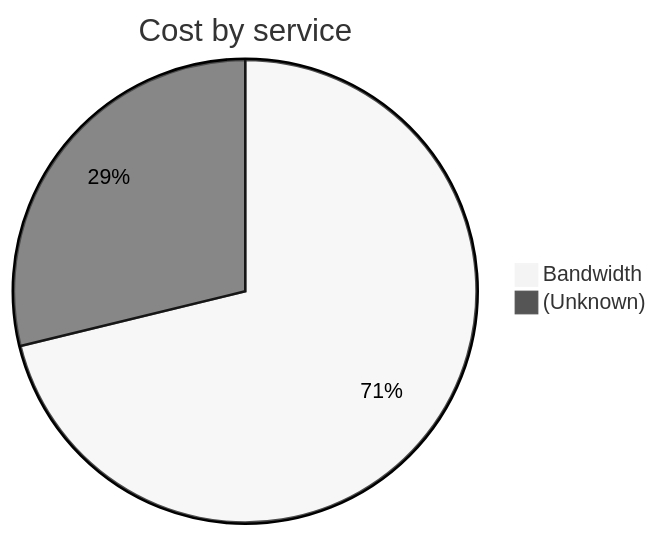
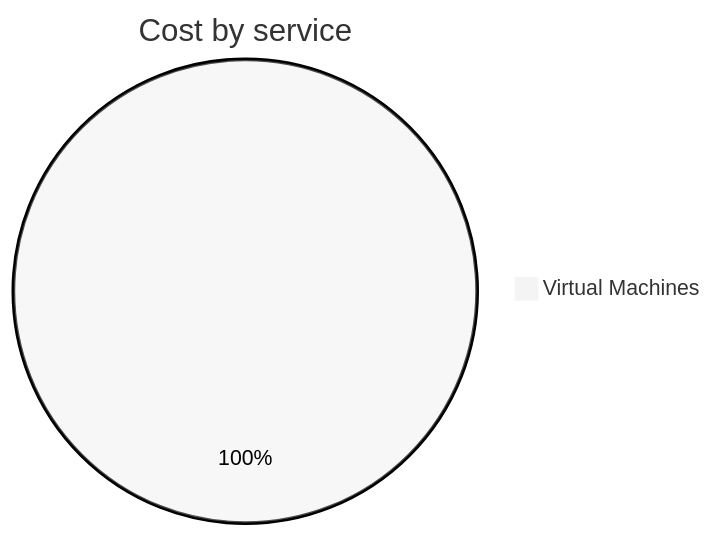
Before and after one commit to jpfulton/azure-personal-reports: the second of 4 diagrams in cost-reports/personal-network/vpn-server.md, drawn with Mermaid (neutral theme). The commit also changed other lines of this file and 8 other files, not shown here.

````diff
--- a/cost-reports/personal-network/vpn-server.md
+++ b/cost-reports/personal-network/vpn-server.md
@@ -92,6 +95,5 @@
 ```mermaid
 pie
    title Cost by service
-   "Bandwidth" : 12.26
-   "(Unknown)" : 4.96
+   "Virtual Machines" : 0.06
 ```
````
